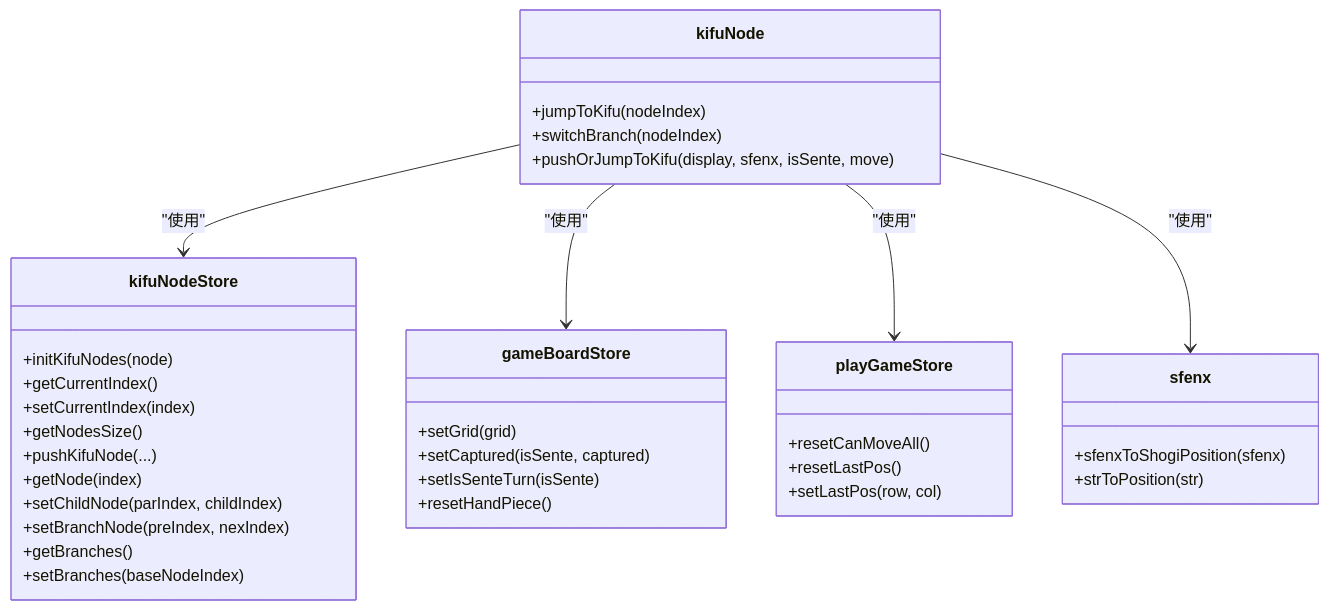
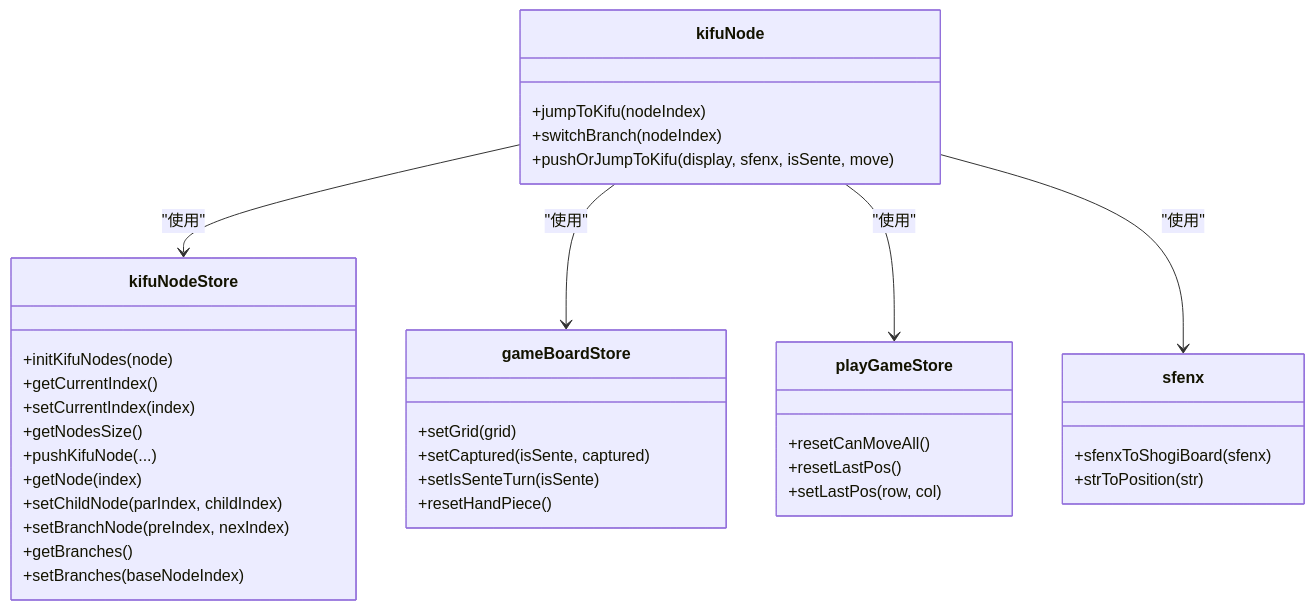
One commit to hashiryo/SvelteShogi changed the third of 3 diagrams in .qoder/repowiki/ja/content/Kifu Node Handler.md. Above: the diagram before and after it, drawn with Mermaid. The commit also changed other lines of this file and 17 other files, not shown here.

````diff
--- a/.qoder/repowiki/ja/content/Kifu Node Handler.md
+++ b/.qoder/repowiki/ja/content/Kifu Node Handler.md
@@ -216,39 +254,39 @@
 ```mermaid
 classDiagram
 class kifuNode {
 +jumpToKifu(nodeIndex)
 +switchBranch(nodeIndex)
 +pushOrJumpToKifu(display, sfenx, isSente, move)
 }
 class kifuNodeStore {
 +initKifuNodes(node)
 +getCurrentIndex()
 +setCurrentIndex(index)
 +getNodesSize()
 +pushKifuNode(...)
 +getNode(index)
 +setChildNode(parIndex, childIndex)
 +setBranchNode(preIndex, nexIndex)
 +getBranches()
 +setBranches(baseNodeIndex)
 }
 class gameBoardStore {
 +setGrid(grid)
 +setCaptured(isSente, captured)
 +setIsSenteTurn(isSente)
 +resetHandPiece()
 }
 class playGameStore {
 +resetCanMoveAll()
 +resetLastPos()
 +setLastPos(row, col)
 }
 class sfenx {
-+sfenxToShogiPosition(sfenx)
++sfenxToShogiBoard(sfenx)
 +strToPosition(str)
 }
 kifuNode --> kifuNodeStore : "使用"
 kifuNode --> gameBoardStore : "使用"
 kifuNode --> playGameStore : "使用"
 kifuNode --> sfenx : "使用"
 ```
````
